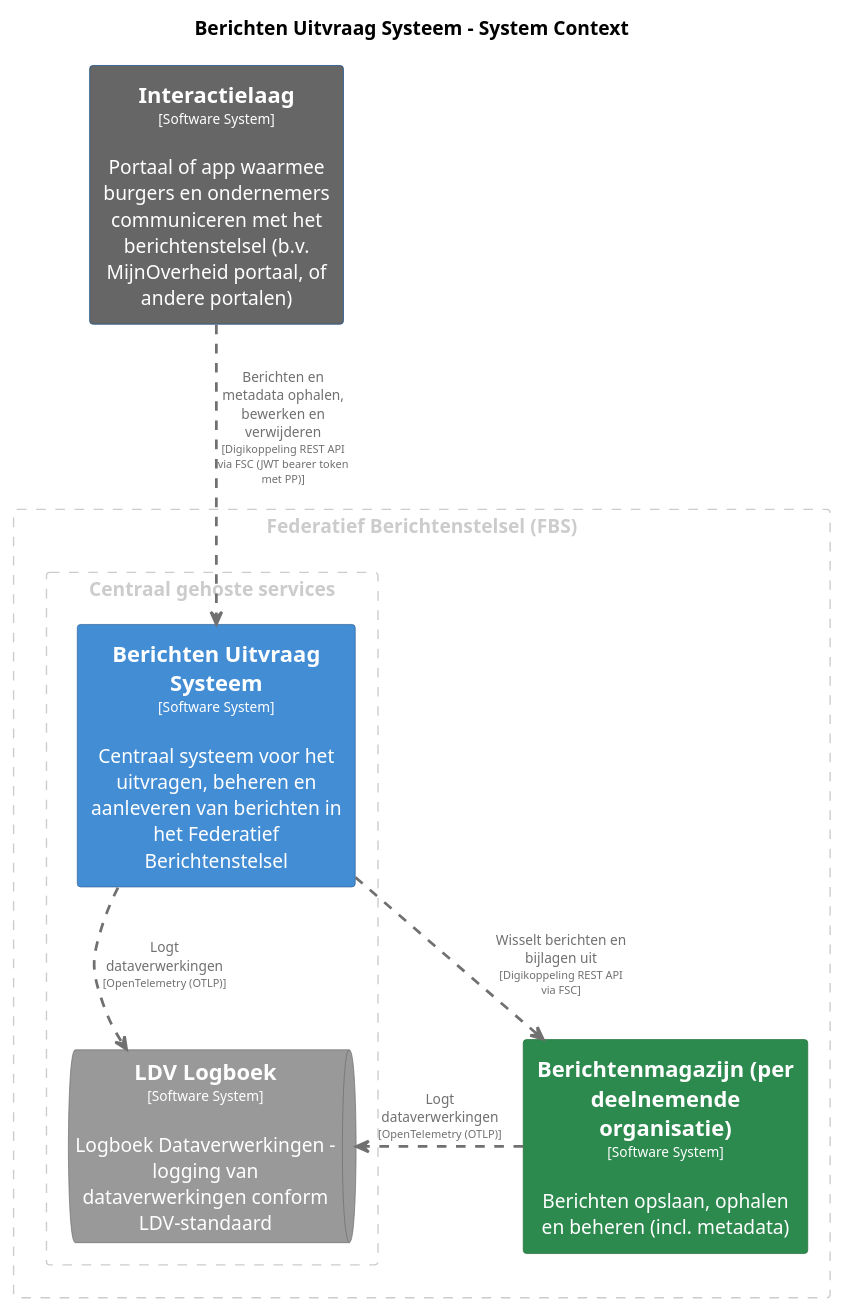
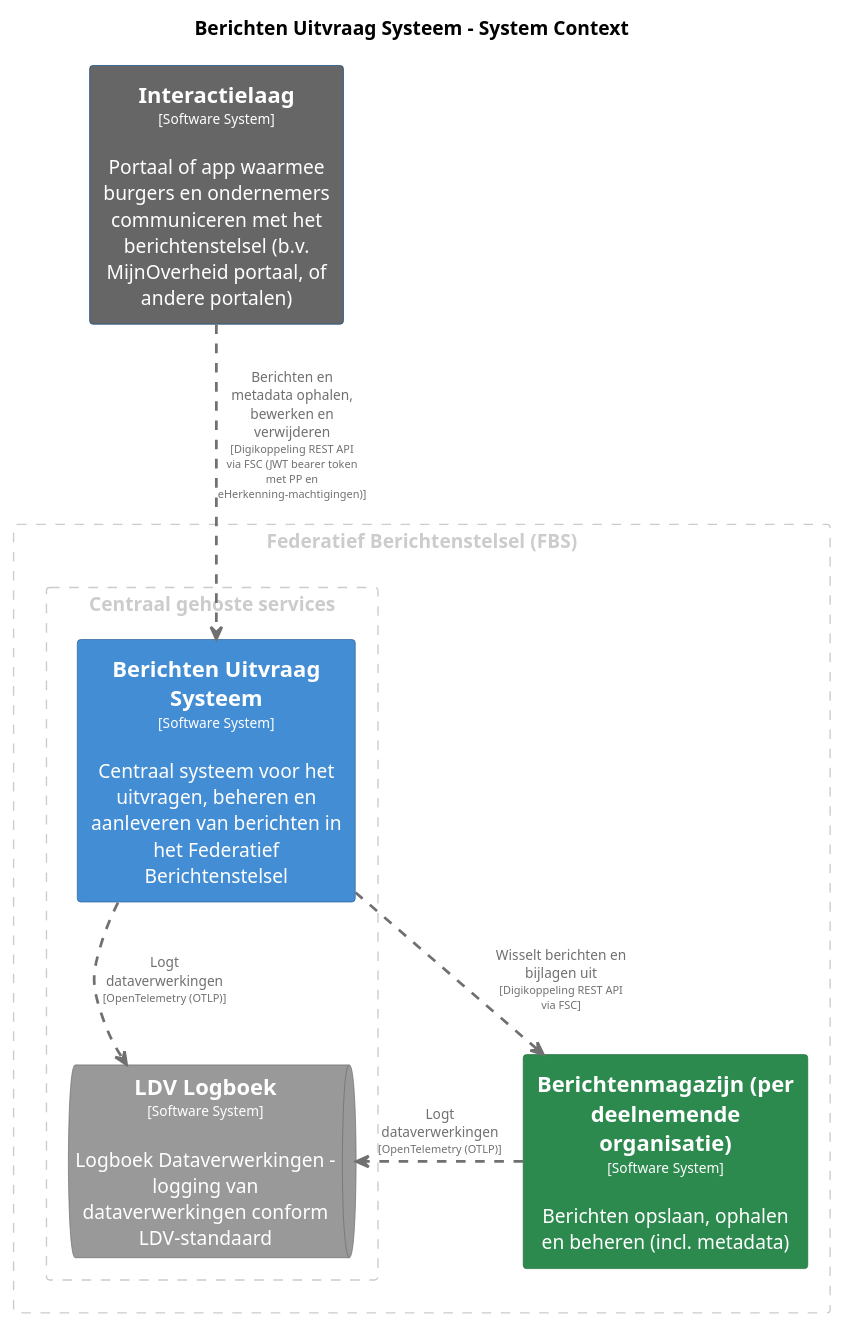
The diagram in pr-preview/pr-22/master/puml/BerichtenUitvraagSysteem.puml (MinBZK/moza-poc-fbs-berichtenbox), drawn with PlantUML before and after one commit. The commit also changed 24 other files, not shown here.

```diff
--- a/pr-preview/pr-22/master/puml/BerichtenUitvraagSysteem.puml
+++ b/pr-preview/pr-22/master/puml/BerichtenUitvraagSysteem.puml
@@ -1,66 +1,66 @@
 @startuml
 set separator none
 title Berichten Uitvraag Systeem - System Context
 
 top to bottom direction
 skinparam ranksep 60
 skinparam nodesep 30
 
 skinparam {
   arrowFontSize 10
   defaultTextAlignment center
   wrapWidth 200
   maxMessageSize 100
 }
 
 hide stereotype
 
 skinparam rectangle<<BerichtenUitvraagSysteem>> {
   BackgroundColor #438dd5
   FontColor #ffffff
   BorderColor #2e6295
   shadowing false
 }
 skinparam rectangle<<Berichtenmagazijnperdeelnemendeorganisatie>> {
   BackgroundColor #2d8a4e
   FontColor #ffffff
   BorderColor #1e6b38
   shadowing false
 }
 skinparam rectangle<<Interactielaag>> {
   BackgroundColor #666666
   FontColor #ffffff
   BorderColor #0b4884
   shadowing false
 }
 skinparam queue<<LDVLogboek>> {
   BackgroundColor #999999
   FontColor #ffffff
   BorderColor #6b6b6b
   shadowing false
 }
 
 rectangle "Federatief Berichtenstelsel (FBS)" <<group1>> as group1 {
   skinparam RectangleBorderColor<<group1>> #cccccc
   skinparam RectangleFontColor<<group1>> #cccccc
   skinparam RectangleBorderStyle<<group1>> dashed
 
   rectangle "==Berichtenmagazijn (per deelnemende organisatie)\n<size:10>[Software System]</size>\n\nBerichten opslaan, ophalen en beheren (incl. metadata)" <<Berichtenmagazijnperdeelnemendeorganisatie>> as Berichtenmagazijnperdeelnemendeorganisatie
     rectangle "Centraal gehoste services" <<group2>> as group2 {
       skinparam RectangleBorderColor<<group2>> #cccccc
       skinparam RectangleFontColor<<group2>> #cccccc
       skinparam RectangleBorderStyle<<group2>> dashed
 
       rectangle "==Berichten Uitvraag Systeem\n<size:10>[Software System]</size>\n\nCentraal systeem voor het uitvragen, beheren en aanleveren van berichten in het Federatief Berichtenstelsel" <<BerichtenUitvraagSysteem>> as BerichtenUitvraagSysteem
       queue "==LDV Logboek\n<size:10>[Software System]</size>\n\nLogboek Dataverwerkingen - logging van dataverwerkingen conform LDV-standaard" <<LDVLogboek>> as LDVLogboek
     }
 
 }
 
 rectangle "==Interactielaag\n<size:10>[Software System]</size>\n\nPortaal of app waarmee burgers en ondernemers communiceren met het berichtenstelsel (b.v. MijnOverheid portaal, of andere portalen)" <<Interactielaag>> as Interactielaag
 
 Berichtenmagazijnperdeelnemendeorganisatie .[#707070,thickness=2].> LDVLogboek : "<color:#707070>Logt dataverwerkingen\n<color:#707070><size:8>[OpenTelemetry (OTLP)]</size>"
 BerichtenUitvraagSysteem .[#707070,thickness=2].> LDVLogboek : "<color:#707070>Logt dataverwerkingen\n<color:#707070><size:8>[OpenTelemetry (OTLP)]</size>"
 BerichtenUitvraagSysteem .[#707070,thickness=2].> Berichtenmagazijnperdeelnemendeorganisatie : "<color:#707070>Wisselt berichten en bijlagen uit\n<color:#707070><size:8>[Digikoppeling REST API via FSC]</size>"
-Interactielaag .[#707070,thickness=2].> BerichtenUitvraagSysteem : "<color:#707070>Berichten en metadata ophalen, bewerken en verwijderen\n<color:#707070><size:8>[Digikoppeling REST API via FSC (JWT bearer token met PP)]</size>"
+Interactielaag .[#707070,thickness=2].> BerichtenUitvraagSysteem : "<color:#707070>Berichten en metadata ophalen, bewerken en verwijderen\n<color:#707070><size:8>[Digikoppeling REST API via FSC (JWT bearer token met PP en eHerkenning-machtigingen)]</size>"
 @enduml
```
